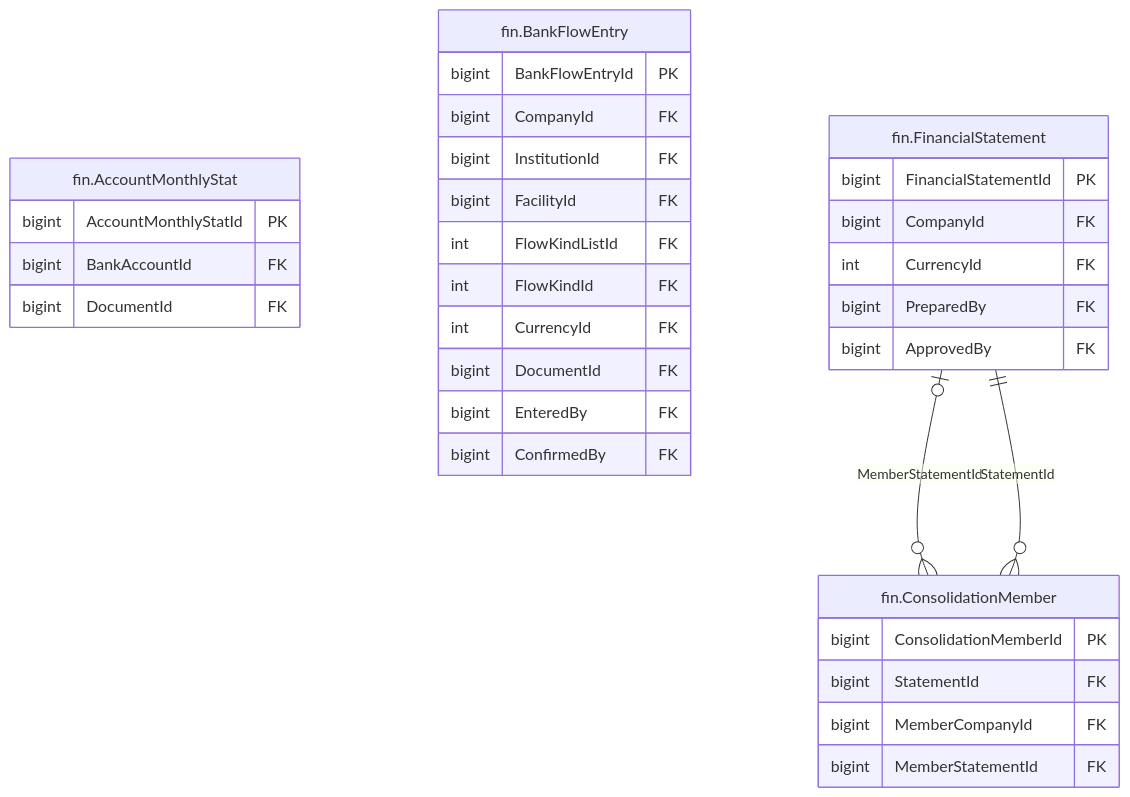
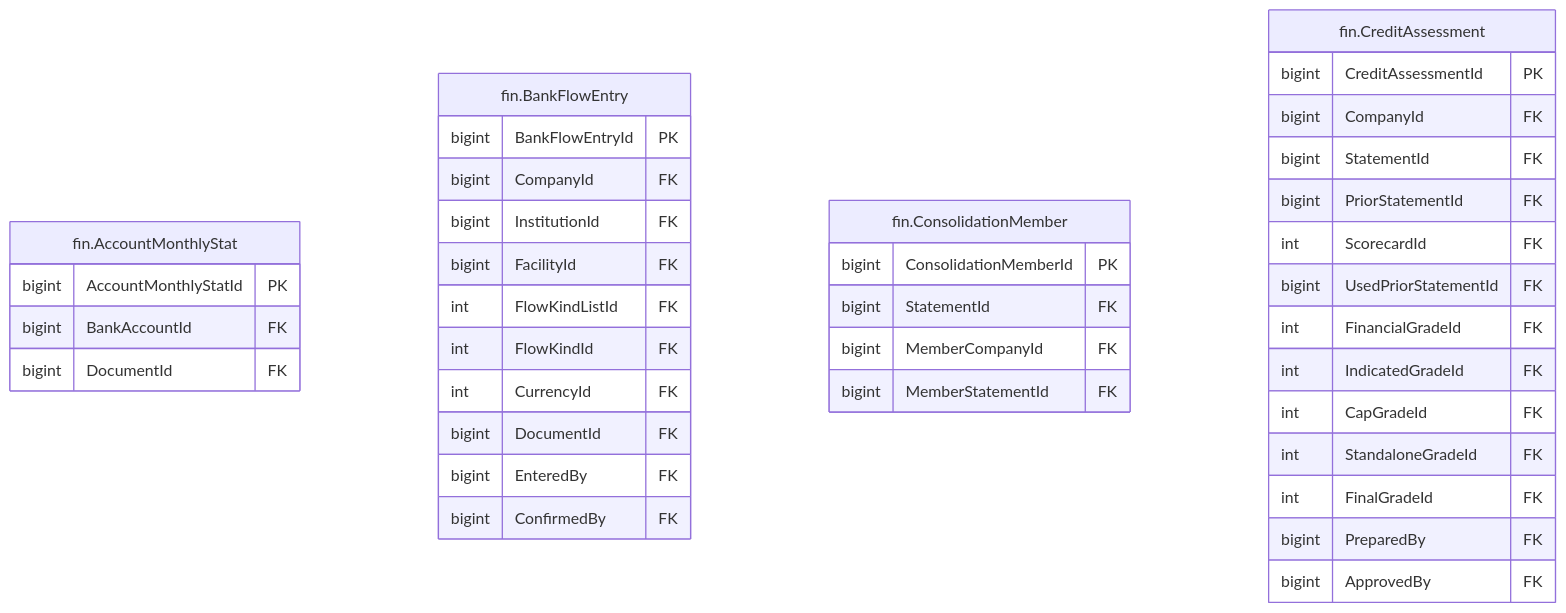
The diagram in treasury-platform/docs/diagrams/erd/m5_financials_1.mmd (thawrasy/smartlines), drawn with Mermaid before and after one commit. The commit also changed 62 other files, not shown here.

First line of the commit message:
Credit assessment of a balance sheet on the Moody's scale; BR-FIN-016 approved

```diff
--- a/treasury-platform/docs/diagrams/erd/m5_financials_1.mmd
+++ b/treasury-platform/docs/diagrams/erd/m5_financials_1.mmd
@@ -1,34 +1,40 @@
-%% م5 · البيانات المالية والأرصدة (1/3) — Financial statements & balances
+%% م5 · البيانات المالية والأرصدة (1/5) — Financial statements & balances
 erDiagram
   fin_AccountMonthlyStat["fin.AccountMonthlyStat"] {
     bigint AccountMonthlyStatId PK
     bigint BankAccountId FK
     bigint DocumentId FK
   }
   fin_BankFlowEntry["fin.BankFlowEntry"] {
     bigint BankFlowEntryId PK
     bigint CompanyId FK
     bigint InstitutionId FK
     bigint FacilityId FK
     int FlowKindListId FK
     int FlowKindId FK
     int CurrencyId FK
     bigint DocumentId FK
     bigint EnteredBy FK
     bigint ConfirmedBy FK
   }
   fin_ConsolidationMember["fin.ConsolidationMember"] {
     bigint ConsolidationMemberId PK
     bigint StatementId FK
     bigint MemberCompanyId FK
     bigint MemberStatementId FK
   }
-  fin_FinancialStatement["fin.FinancialStatement"] {
-    bigint FinancialStatementId PK
+  fin_CreditAssessment["fin.CreditAssessment"] {
+    bigint CreditAssessmentId PK
     bigint CompanyId FK
-    int CurrencyId FK
+    bigint StatementId FK
+    bigint PriorStatementId FK
+    int ScorecardId FK
+    bigint UsedPriorStatementId FK
+    int FinancialGradeId FK
+    int IndicatedGradeId FK
+    int CapGradeId FK
+    int StandaloneGradeId FK
+    int FinalGradeId FK
     bigint PreparedBy FK
     bigint ApprovedBy FK
   }
-  fin_FinancialStatement |o--o{ fin_ConsolidationMember : "MemberStatementId"
-  fin_FinancialStatement ||--o{ fin_ConsolidationMember : "StatementId"
```
